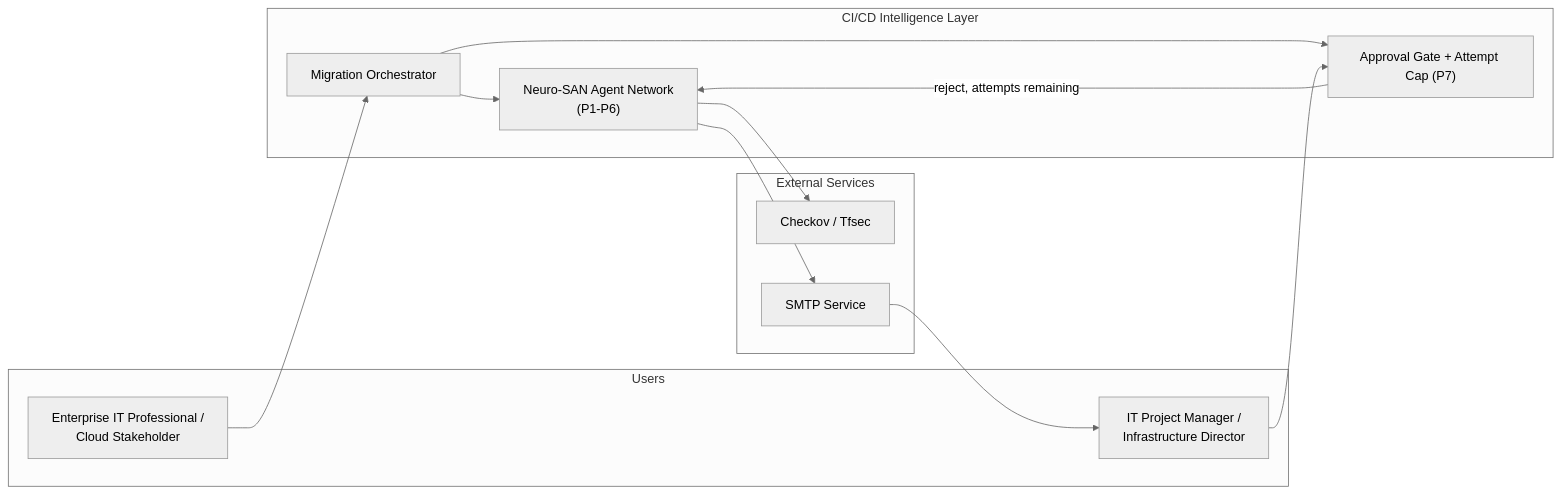
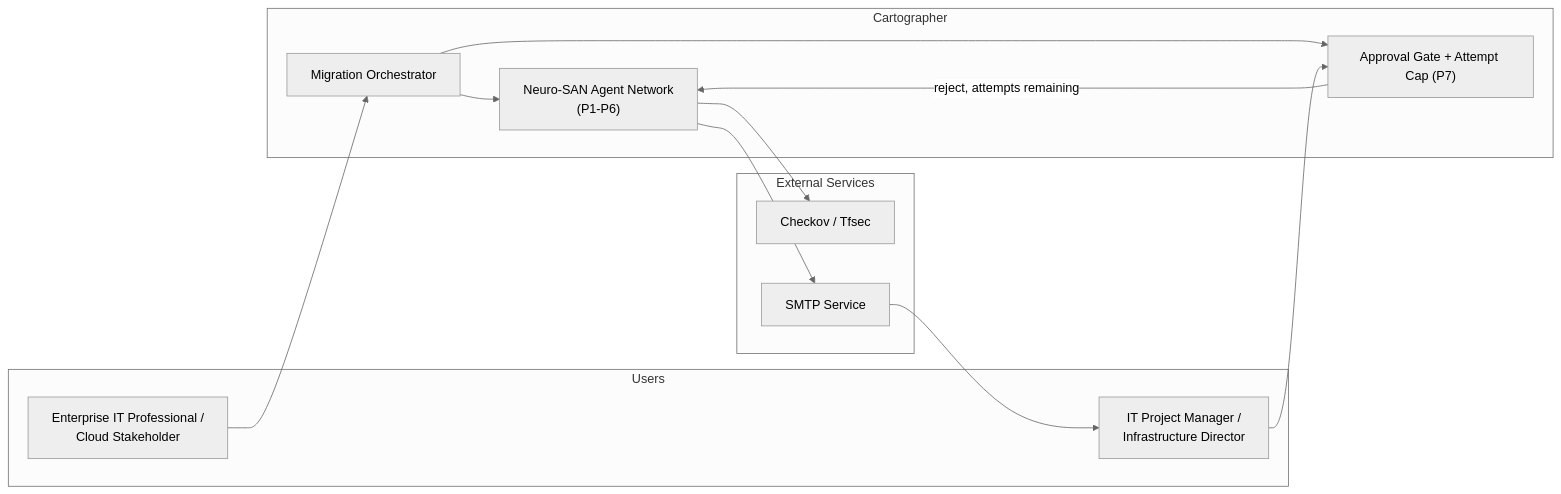
The first of 6 diagrams in docs/04-architecture-diagram.md (sanjanamohanty25/Cartographer), drawn with Mermaid (neutral theme) before and after one commit. The commit also changed other lines of this file and 7 other files, not shown here.

Commit message:
docs: formalize system architecture and scope decisions in design documentation and initialize core dashboard frontend structure

````diff
--- a/docs/04-architecture-diagram.md
+++ b/docs/04-architecture-diagram.md
@@ -15,27 +15,27 @@
 ```mermaid
 flowchart LR
     subgraph Users
         IT["Enterprise IT Professional /<br/>Cloud Stakeholder"]
         PM["IT Project Manager /<br/>Infrastructure Director"]
     end
 
-    subgraph System["CI/CD Intelligence Layer"]
+    subgraph System["Cartographer"]
         ORCH["Migration Orchestrator"]
         AGENTS["Neuro-SAN Agent Network<br/>(P1-P6)"]
         GATE["Approval Gate + Attempt Cap (P7)"]
     end
 
     subgraph External["External Services"]
         SCAN["Checkov / Tfsec"]
         SMTP["SMTP Service"]
     end
 
     IT --> ORCH
     ORCH --> AGENTS
     AGENTS --> SCAN
     AGENTS --> SMTP
     ORCH --> GATE
     SMTP --> PM
     PM --> GATE
     GATE -- "reject, attempts remaining" --> AGENTS
 ```
````
